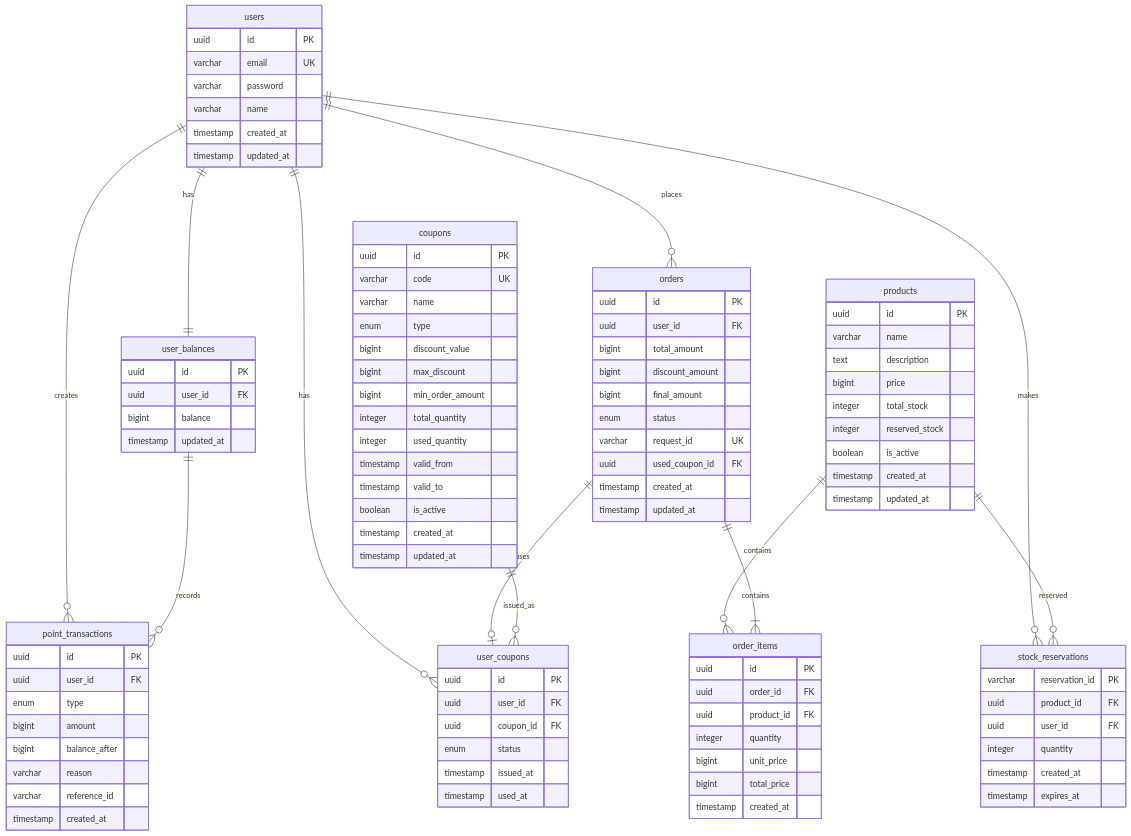
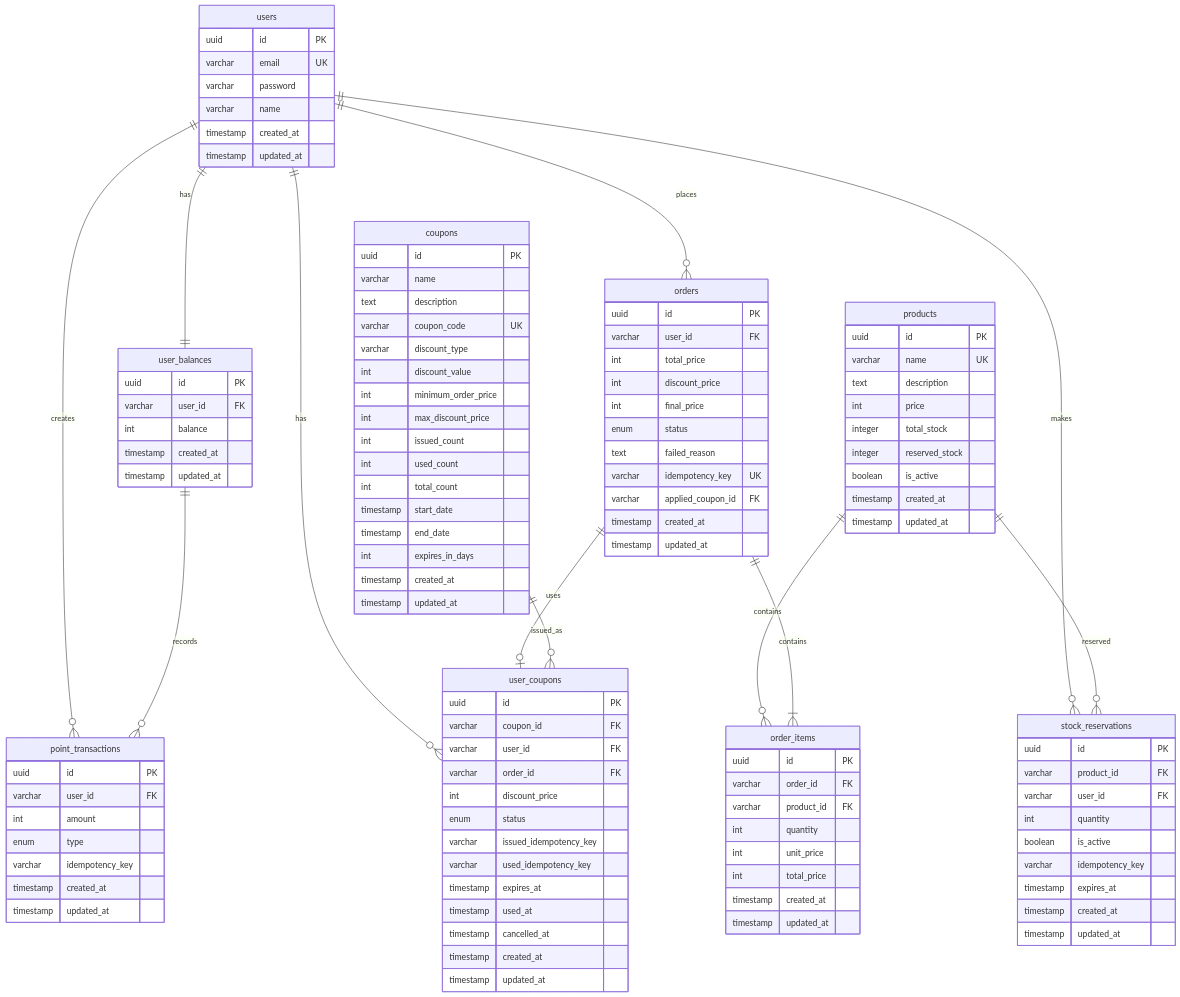
The diagram in docs/06-erd.md (seho0808/hh-9-be-2), drawn with Mermaid before and after one commit. The commit also changed other lines of this file and 15 other files, not shown here.

```diff
--- a/docs/06-erd.md
+++ b/docs/06-erd.md
@@ -15,9 +15,9 @@
 
     products {
         uuid id PK
-        varchar name
+        varchar name UK
         text description
-        bigint price
+        int price
         integer total_stock
         integer reserved_stock
         boolean is_active
@@ -27,78 +27,92 @@
 
     orders {
         uuid id PK
-        uuid user_id FK
-        bigint total_amount
-        bigint discount_amount
-        bigint final_amount
+        varchar user_id FK
+        int total_price
+        int discount_price
+        int final_price
         enum status
-        varchar request_id UK
-        uuid used_coupon_id FK
+        text failed_reason
+        varchar idempotency_key UK
+        varchar applied_coupon_id FK
         timestamp created_at
         timestamp updated_at
     }
 
     order_items {
         uuid id PK
-        uuid order_id FK
-        uuid product_id FK
-        integer quantity
-        bigint unit_price
-        bigint total_price
+        varchar order_id FK
+        varchar product_id FK
+        int quantity
+        int unit_price
+        int total_price
         timestamp created_at
+        timestamp updated_at
     }
 
     coupons {
         uuid id PK
-        varchar code UK
         varchar name
-        enum type
-        bigint discount_value
-        bigint max_discount
-        bigint min_order_amount
-        integer total_quantity
-        integer used_quantity
-        timestamp valid_from
-        timestamp valid_to
-        boolean is_active
+        text description
+        varchar coupon_code UK
+        varchar discount_type
+        int discount_value
+        int minimum_order_price
+        int max_discount_price
+        int issued_count
+        int used_count
+        int total_count
+        timestamp start_date
+        timestamp end_date
+        int expires_in_days
         timestamp created_at
         timestamp updated_at
     }
 
     user_coupons {
         uuid id PK
-        uuid user_id FK
-        uuid coupon_id FK
+        varchar coupon_id FK
+        varchar user_id FK
+        varchar order_id FK
+        int discount_price
         enum status
-        timestamp issued_at
+        varchar issued_idempotency_key
+        varchar used_idempotency_key
+        timestamp expires_at
         timestamp used_at
+        timestamp cancelled_at
+        timestamp created_at
+        timestamp updated_at
     }
 
     user_balances {
         uuid id PK
-        uuid user_id FK
-        bigint balance
+        varchar user_id FK
+        int balance
+        timestamp created_at
         timestamp updated_at
     }
 
     point_transactions {
         uuid id PK
-        uuid user_id FK
+        varchar user_id FK
+        int amount
         enum type
-        bigint amount
-        bigint balance_after
-        varchar reason
-        varchar reference_id
+        varchar idempotency_key
         timestamp created_at
+        timestamp updated_at
     }
 
     stock_reservations {
-        varchar reservation_id PK
-        uuid product_id FK
-        uuid user_id FK
-        integer quantity
+        uuid id PK
+        varchar product_id FK
+        varchar user_id FK
+        int quantity
+        boolean is_active
+        varchar idempotency_key
+        timestamp expires_at
         timestamp created_at
-        timestamp expires_at
+        timestamp updated_at
     }
 
     %% 관계 정의
```
